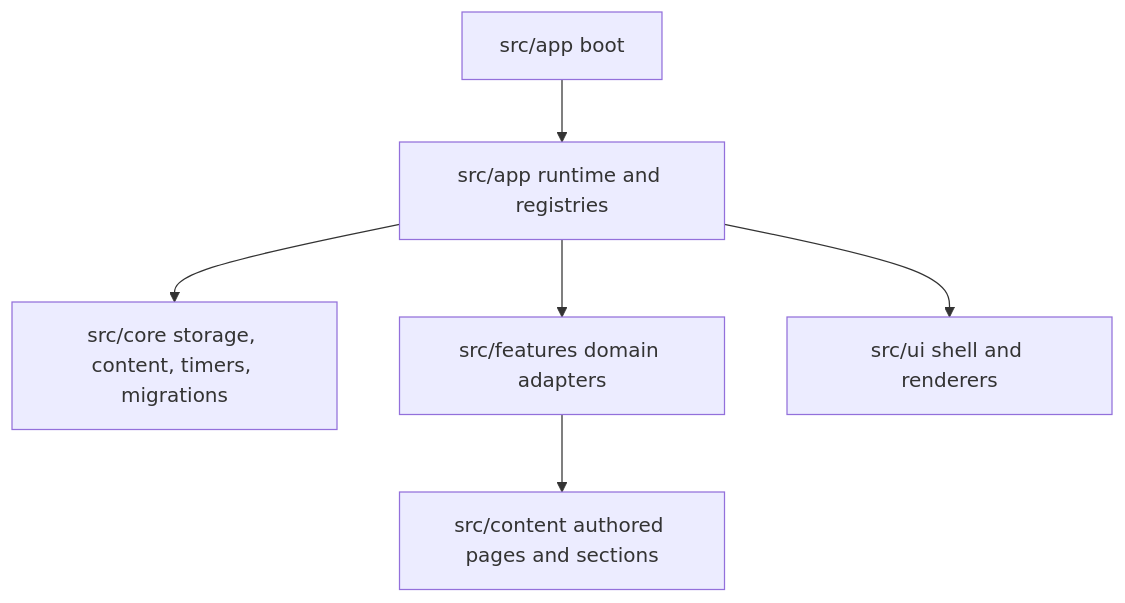
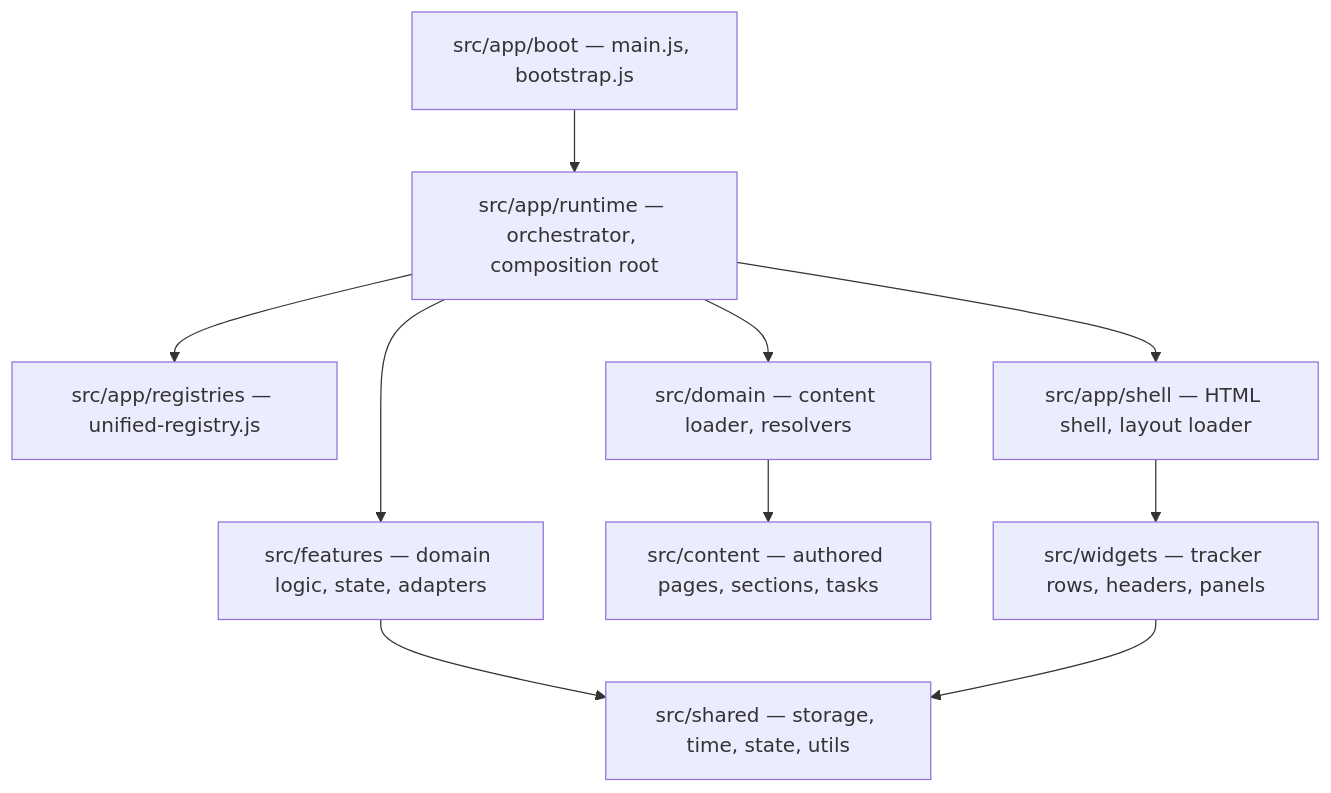
Before and after one commit to rsdailies/RSDailies: the first of 2 diagrams in docs/architecture/authority-map.md, drawn with Mermaid. The commit also changed other lines of this file and 22 other files, not shown here.

````diff
--- a/docs/architecture/authority-map.md
+++ b/docs/architecture/authority-map.md
@@ -31,8 +67,12 @@
 ```mermaid
 flowchart TD
-    A[src/app boot] --> B[src/app runtime and registries]
-    B --> C[src/core storage, content, timers, migrations]
-    B --> D[src/features domain adapters]
-    B --> E[src/ui shell and renderers]
-    D --> F[src/content authored pages and sections]
+    A["src/app/boot — main.js, bootstrap.js"] --> B["src/app/runtime — orchestrator, composition root"]
+    B --> C["src/app/registries — unified-registry.js"]
+    B --> D["src/domain — content loader, resolvers"]
+    B --> E["src/features — domain logic, state, adapters"]
+    B --> F["src/app/shell — HTML shell, layout loader"]
+    D --> G["src/content — authored pages, sections, tasks"]
+    E --> H["src/shared — storage, time, state, utils"]
+    F --> I["src/widgets — tracker rows, headers, panels"]
+    I --> H
 ```
````
